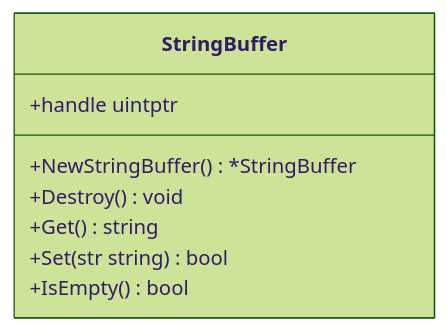
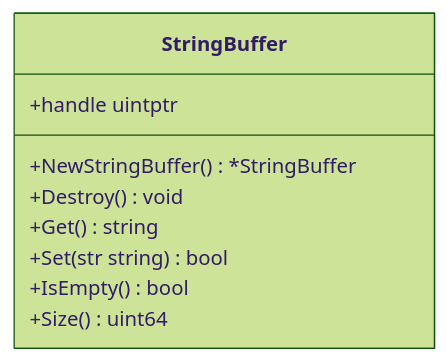
One commit to kqcoxn/MaaPipelineEditor changed the second of 7 diagrams in instructions/maafw-golang-binding/性能优化.md. Above: the diagram before and after it, drawn with Mermaid (forest theme). The commit also changed other lines of this file and 9 other files, not shown here.

````diff
--- a/instructions/maafw-golang-binding/性能优化.md
+++ b/instructions/maafw-golang-binding/性能优化.md
@@ -65,11 +88,12 @@
 ```mermaid
 classDiagram
 class StringBuffer {
 +handle uintptr
 +NewStringBuffer() *StringBuffer
 +Destroy() void
 +Get() string
 +Set(str string) bool
 +IsEmpty() bool
++Size() uint64
 }
 ```
````
